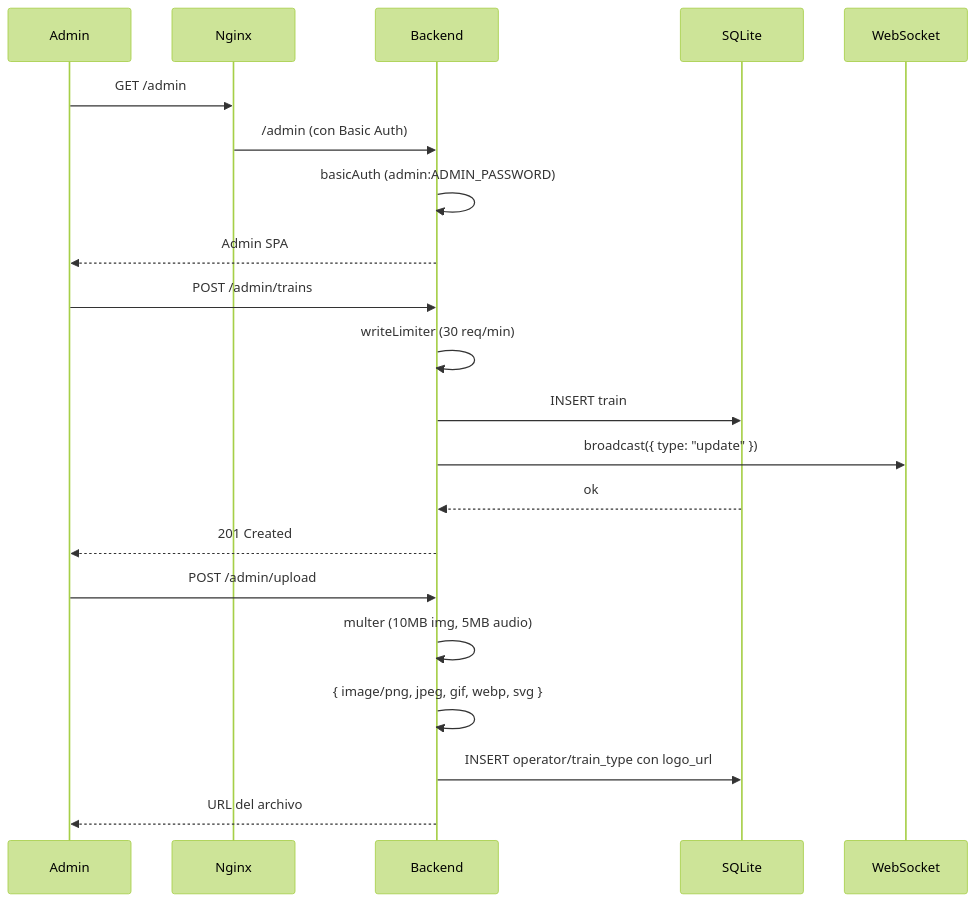
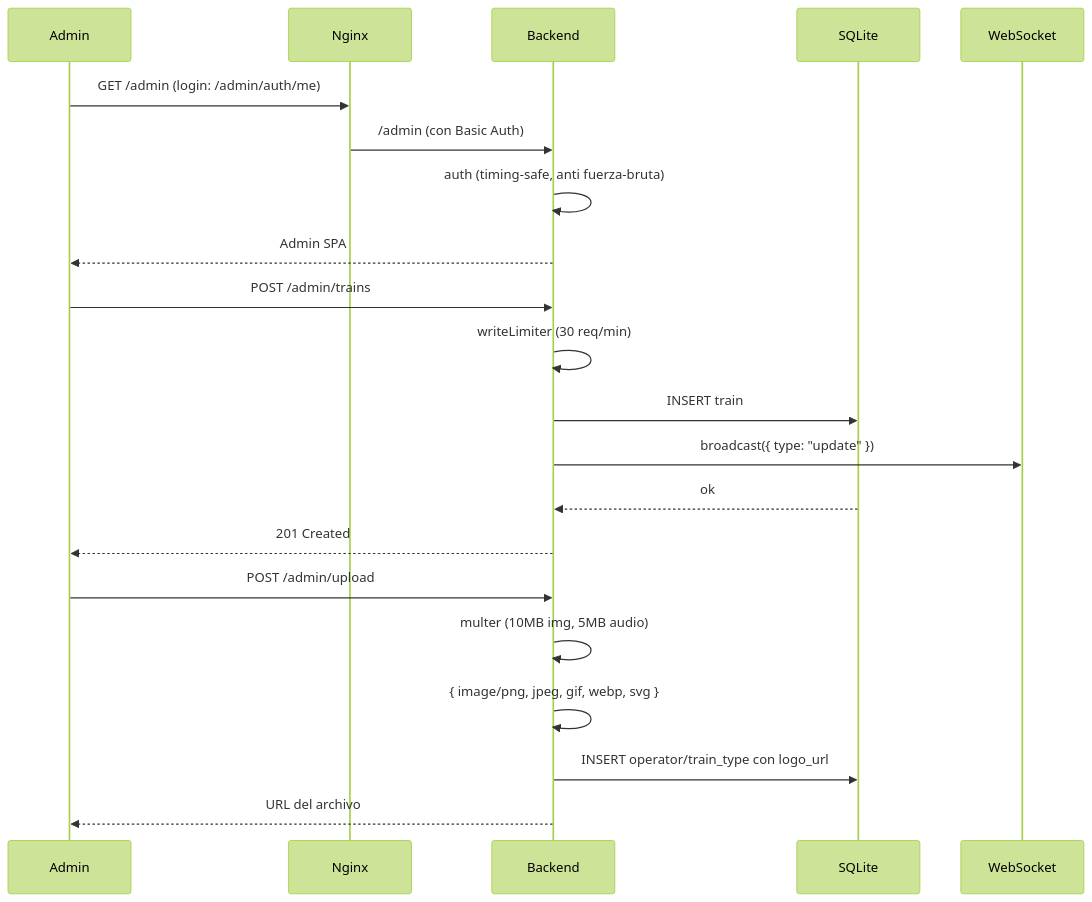
The sixth of 6 diagrams in docs/architecture.md (andreums/railboard), drawn with Mermaid (forest theme) before and after one commit. The commit also changed other lines of this file and 6 other files, not shown here.

````diff
--- a/docs/architecture.md
+++ b/docs/architecture.md
@@ -258,26 +258,26 @@
 ```mermaid
 sequenceDiagram
     participant A as Admin
     participant N as Nginx
     participant BE as Backend
     participant DB as SQLite
     participant WS as WebSocket
 
-    A->>N: GET /admin
+    A->>N: GET /admin (login: /admin/auth/me)
     N->>BE: /admin (con Basic Auth)
-    BE->>BE: basicAuth (admin:ADMIN_PASSWORD)
+    BE->>BE: auth (timing-safe, anti fuerza-bruta)
     BE-->>A: Admin SPA
 
     A->>BE: POST /admin/trains
     BE->>BE: writeLimiter (30 req/min)
     BE->>DB: INSERT train
     BE->>WS: broadcast({ type: "update" })
     DB-->>BE: ok
     BE-->>A: 201 Created
 
     A->>BE: POST /admin/upload
     BE->>BE: multer (10MB img, 5MB audio)
     BE->>BE: { image/png, jpeg, gif, webp, svg }
     BE->>DB: INSERT operator/train_type con logo_url
     BE-->>A: URL del archivo
 ```
````
